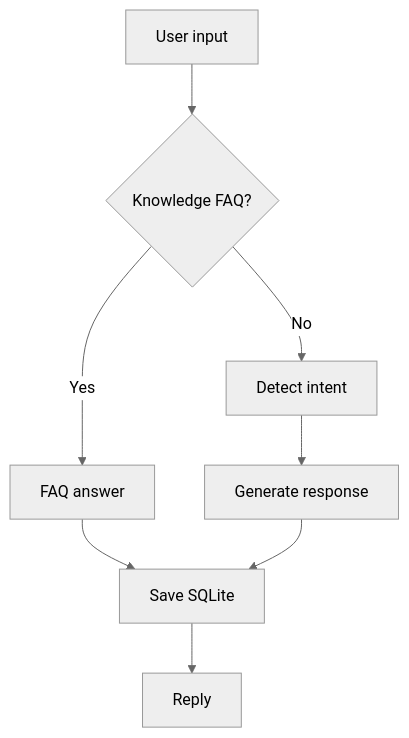
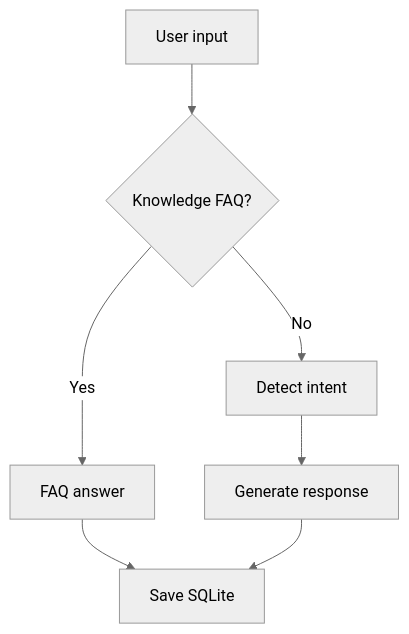
The diagram in docs/DEMO.md (nikhilamaragani-jpg/ai-driven-chatbot-smart-tourism), drawn with Mermaid (neutral theme) before and after one commit. The commit also changed other lines of this file and 5 other files, not shown here.

Commit message:
docs: elite student README — problem, architecture, run, scope, docs

````diff
--- a/docs/DEMO.md
+++ b/docs/DEMO.md
@@ -23,10 +18,9 @@
 ```mermaid
 flowchart TD
   A[User input] --> B{Knowledge FAQ?}
   B -->|Yes| C[FAQ answer]
   B -->|No| D[Detect intent]
   D --> E[Generate response]
   C --> F[Save SQLite]
   E --> F
-  F --> G[Reply]
 ```
````
